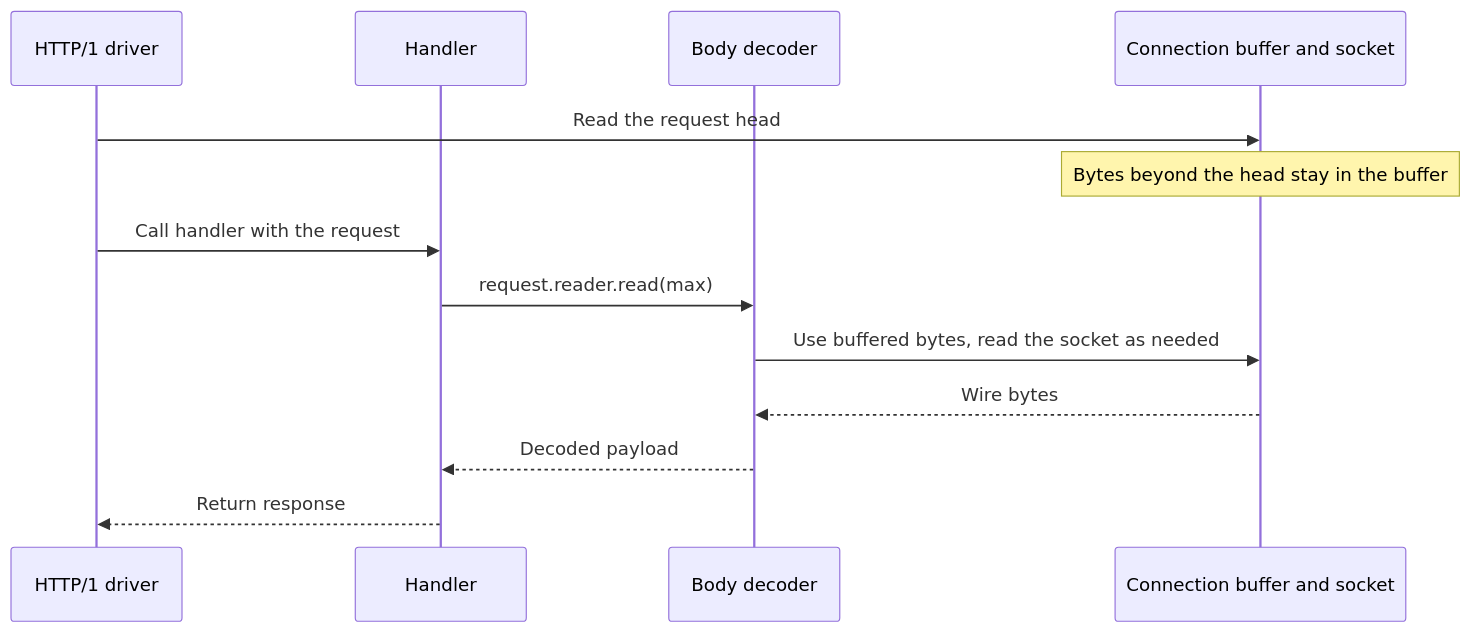
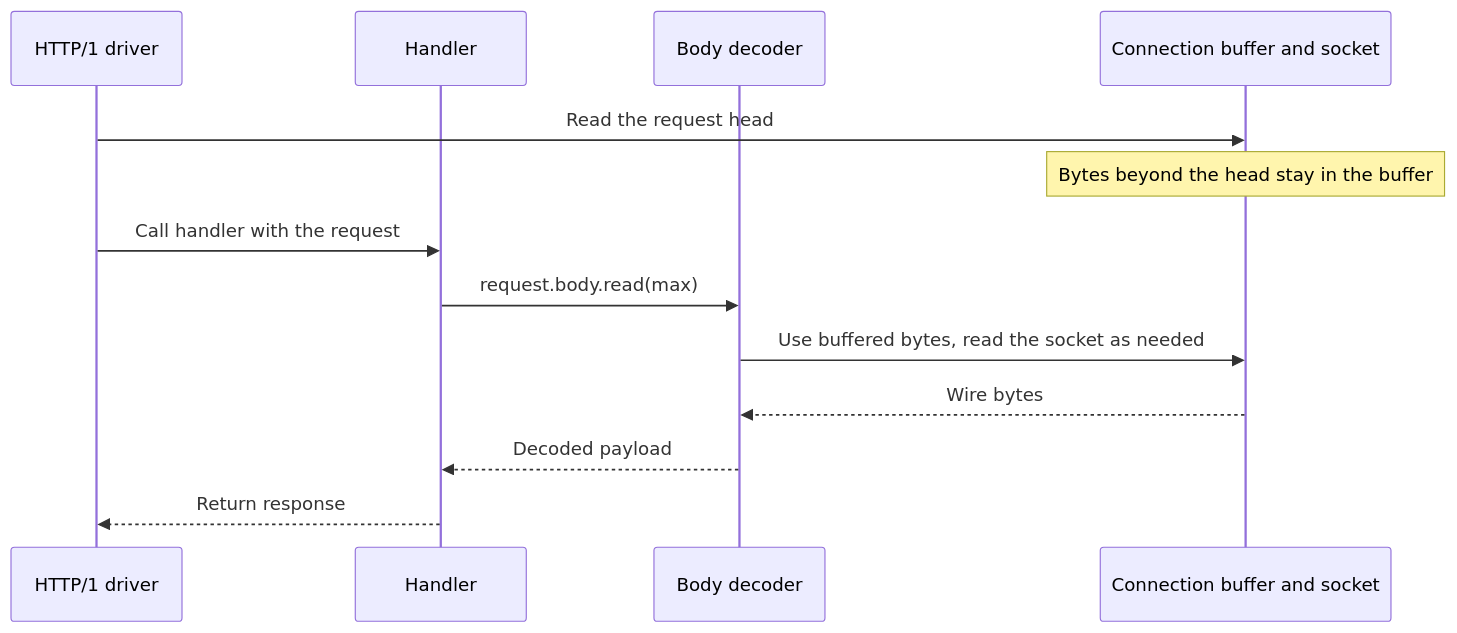
Before and after one commit to thesis-php/thesis: the first of 2 diagrams in ideas/http.md, drawn with Mermaid. The commit also changed other lines of this file and 41 other files, not shown here.

````diff
--- a/ideas/http.md
+++ b/ideas/http.md
@@ -151,15 +153,15 @@
 ```mermaid
 sequenceDiagram
     participant D as HTTP/1 driver
     participant H as Handler
     participant F as Body decoder
     participant S as Connection buffer and socket
     D->>S: Read the request head
     Note over S: Bytes beyond the head stay in the buffer
     D->>H: Call handler with the request
-    H->>F: request.reader.read(max)
+    H->>F: request.body.read(max)
     F->>S: Use buffered bytes, read the socket as needed
     S-->>F: Wire bytes
     F-->>H: Decoded payload
     H-->>D: Return response
 ```
````
